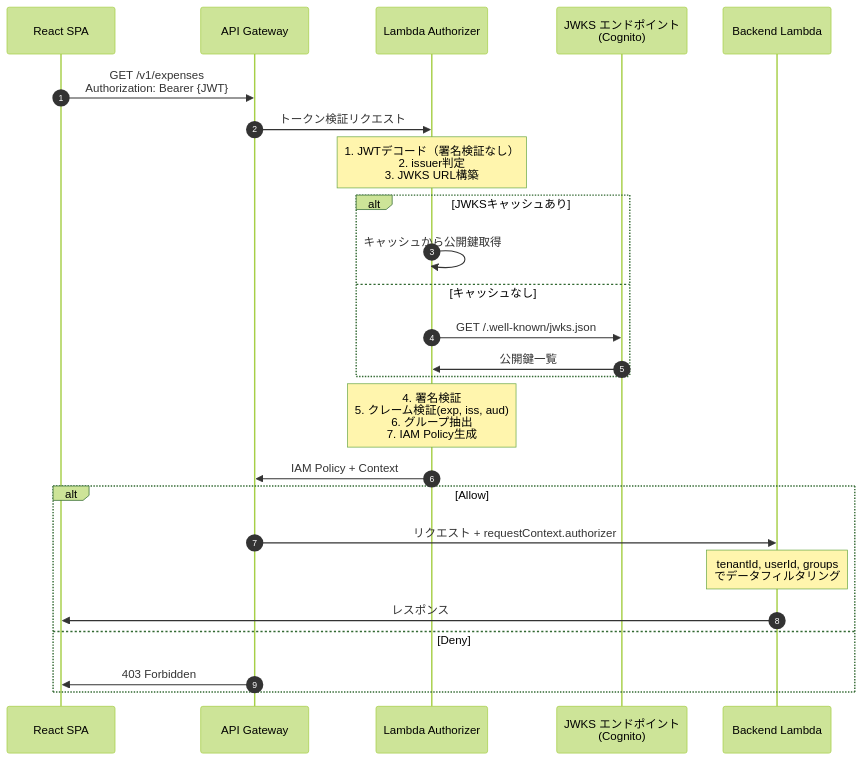
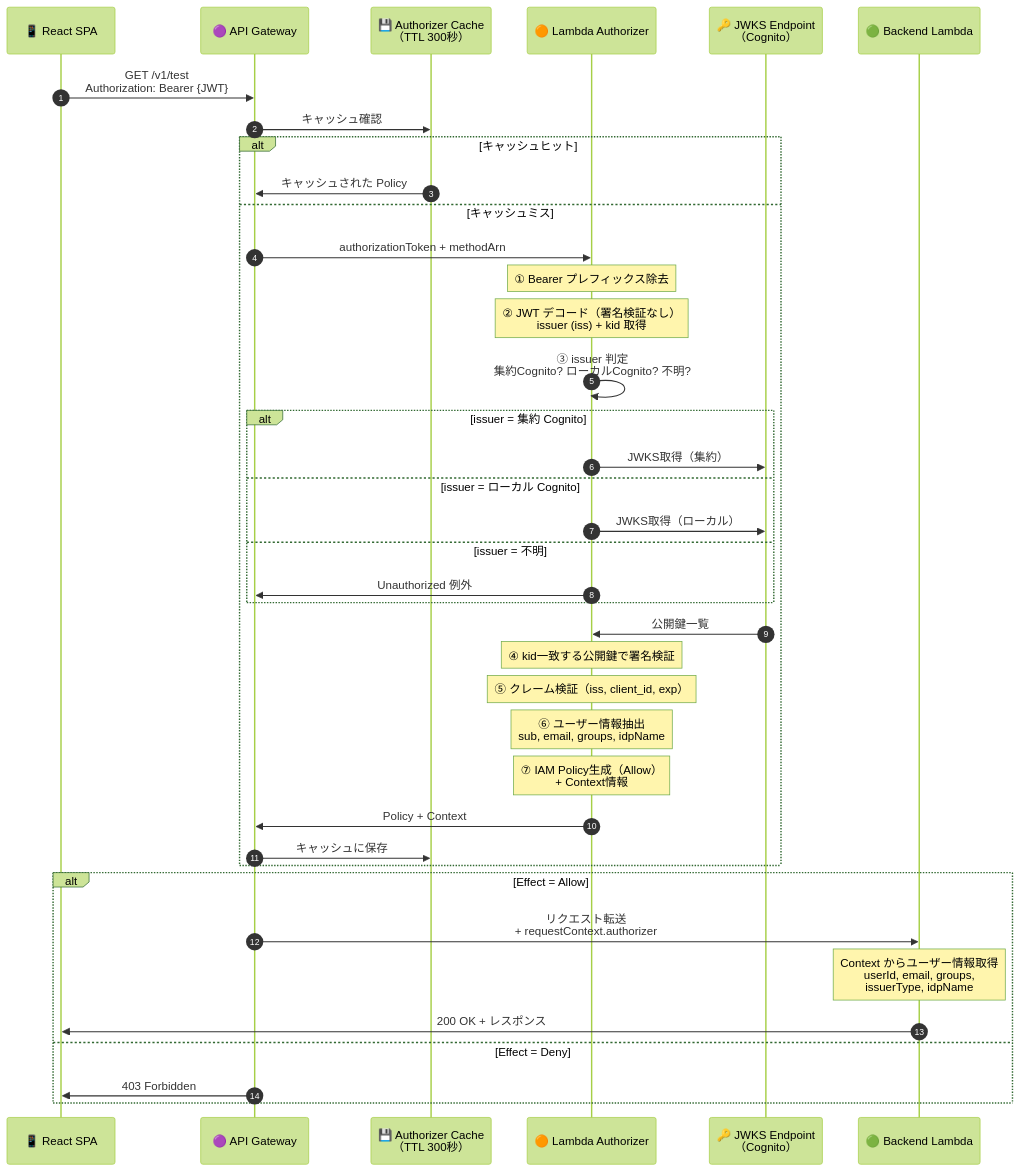
One commit to suepie/aws-atuh-poc changed the fourth of 7 diagrams in doc/design/auth-flow.md. Above: the diagram before and after it, drawn with Mermaid (forest theme). The commit also changed other lines of this file and 20 other files, not shown here.

````diff
--- a/doc/design/auth-flow.md
+++ b/doc/design/auth-flow.md
@@ -68,33 +116,50 @@
 ```mermaid
 sequenceDiagram
     autonumber
-    participant SPA as React SPA
-    participant APIGW as API Gateway
-    participant Lambda as Lambda Authorizer
-    participant JWKS as JWKS エンドポイント<br/>(Cognito)
-    participant Backend as Backend Lambda
+    participant SPA as 📱 React SPA
+    participant APIGW as 🟣 API Gateway
+    participant Cache as 💾 Authorizer Cache<br/>（TTL 300秒）
+    participant Lambda as 🟠 Lambda Authorizer
+    participant JWKS as 🔑 JWKS Endpoint<br/>（Cognito）
+    participant Backend as 🟢 Backend Lambda
 
-    SPA->>APIGW: GET /v1/expenses<br/>Authorization: Bearer {JWT}
-    APIGW->>Lambda: トークン検証リクエスト
+    SPA->>APIGW: GET /v1/test<br/>Authorization: Bearer {JWT}
+    APIGW->>Cache: キャッシュ確認
 
-    Note over Lambda: 1. JWTデコード（署名検証なし）<br/>2. issuer判定<br/>3. JWKS URL構築
+    alt キャッシュヒット
+        Cache->>APIGW: キャッシュされた Policy
+    else キャッシュミス
+        APIGW->>Lambda: authorizationToken + methodArn
 
-    alt JWKSキャッシュあり
-        Lambda->>Lambda: キャッシュから公開鍵取得
-    else キャッシュなし
-        Lambda->>JWKS: GET /.well-known/jwks.json
+        Note over Lambda: ① Bearer プレフィックス除去
+        Note over Lambda: ② JWT デコード（署名検証なし）<br/>issuer (iss) + kid 取得
+
+        Lambda->>Lambda: ③ issuer 判定<br/>集約Cognito? ローカルCognito? 不明?
+
+        alt issuer = 集約 Cognito
+            Lambda->>JWKS: JWKS取得（集約）
+        else issuer = ローカル Cognito
+            Lambda->>JWKS: JWKS取得（ローカル）
+        else issuer = 不明
+            Lambda->>APIGW: Unauthorized 例外
+        end
+
         JWKS->>Lambda: 公開鍵一覧
+
+        Note over Lambda: ④ kid一致する公開鍵で署名検証
+        Note over Lambda: ⑤ クレーム検証（iss, client_id, exp）
+        Note over Lambda: ⑥ ユーザー情報抽出<br/>sub, email, groups, idpName
+        Note over Lambda: ⑦ IAM Policy生成（Allow）<br/>+ Context情報
+
+        Lambda->>APIGW: Policy + Context
+        APIGW->>Cache: キャッシュに保存
     end
 
-    Note over Lambda: 4. 署名検証<br/>5. クレーム検証(exp, iss, aud)<br/>6. グループ抽出<br/>7. IAM Policy生成
-
-    Lambda->>APIGW: IAM Policy + Context
-
-    alt Allow
-        APIGW->>Backend: リクエスト + requestContext.authorizer
-        Note over Backend: tenantId, userId, groups<br/>でデータフィルタリング
-        Backend->>SPA: レスポンス
-    else Deny
+    alt Effect = Allow
+        APIGW->>Backend: リクエスト転送<br/>+ requestContext.authorizer
+        Note over Backend: Context からユーザー情報取得<br/>userId, email, groups,<br/>issuerType, idpName
+        Backend->>SPA: 200 OK + レスポンス
+    else Effect = Deny
         APIGW->>SPA: 403 Forbidden
     end
 ```
````
